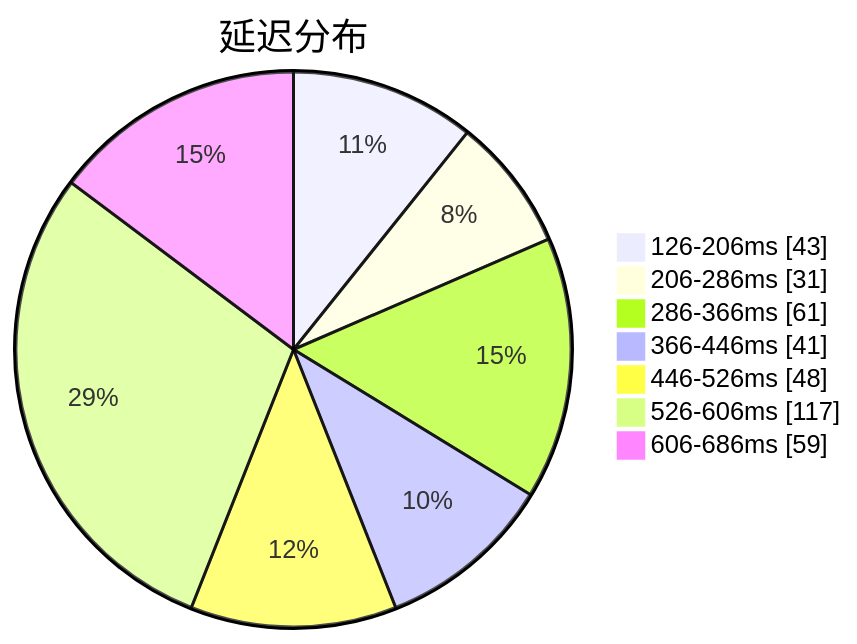
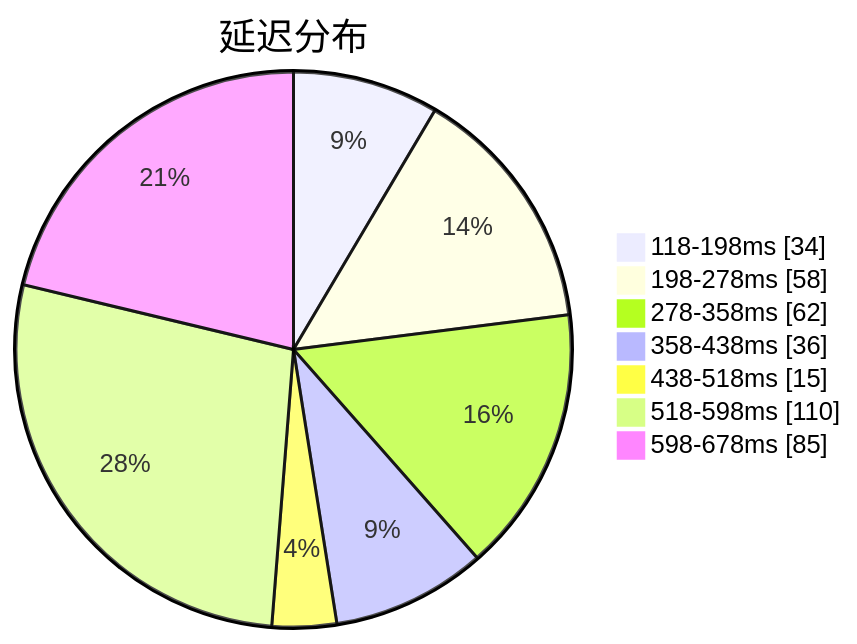
One commit to qjlxg/airport changed the first of 3 diagrams in subs/statistics/tested_within.md. Above: the diagram before and after it, drawn with Mermaid. The commit also changed other lines of this file and 2 other files, not shown here.

Commit message:
Tested by metaST

````diff
--- a/subs/statistics/tested_within.md
+++ b/subs/statistics/tested_within.md
@@ -2,11 +2,11 @@
 ```mermaid
 pie showData
 title 延迟分布
-"126-206ms" : 43
-"206-286ms" : 31
-"286-366ms" : 61
-"366-446ms" : 41
-"446-526ms" : 48
-"526-606ms" : 117
-"606-686ms" : 59
+"118-198ms" : 34
+"198-278ms" : 58
+"278-358ms" : 62
+"358-438ms" : 36
+"438-518ms" : 15
+"518-598ms" : 110
+"598-678ms" : 85
 ```
````
